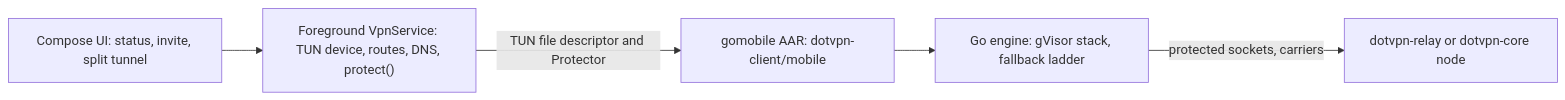
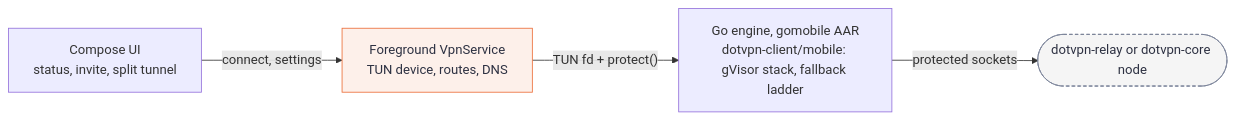
Before and after one commit to payam-foundation/dotvpn-android: the diagram in README.md, drawn with Mermaid.

Commit message:
docs: refresh README (#1)

````diff
--- a/README.md
+++ b/README.md
@@ -27,13 +27,16 @@
 ```mermaid
 flowchart LR
-    ui["Compose UI: status, invite, split tunnel"]
-    svc["Foreground VpnService: TUN device, routes, DNS, protect()"]
-    aar["gomobile AAR: dotvpn-client/mobile"]
-    engine["Go engine: gVisor stack, fallback ladder"]
-    server["dotvpn-relay or dotvpn-core node"]
+    ui["Compose UI<br/>status, invite, split tunnel"]
+    svc["Foreground VpnService<br/>TUN device, routes, DNS"]
+    engine["Go engine, gomobile AAR<br/>dotvpn-client/mobile: gVisor stack, fallback ladder"]
+    server(["dotvpn-relay or dotvpn-core node"])
 
-    ui --> svc
-    svc -->|"TUN file descriptor and Protector"| aar
-    aar --> engine
-    engine -->|"protected sockets, carriers"| server
+    ui -->|"connect, settings"| svc
+    svc -->|"TUN fd + protect()"| engine
+    engine -->|"protected sockets"| server
+
+    classDef focal fill:#fdf0ea,stroke:#eb6c36,color:#2d3142
+    classDef ext fill:#f5f5f5,stroke:#7a8399,stroke-dasharray:4 3,color:#2d3142
+    class svc focal
+    class server ext
 ```
````
